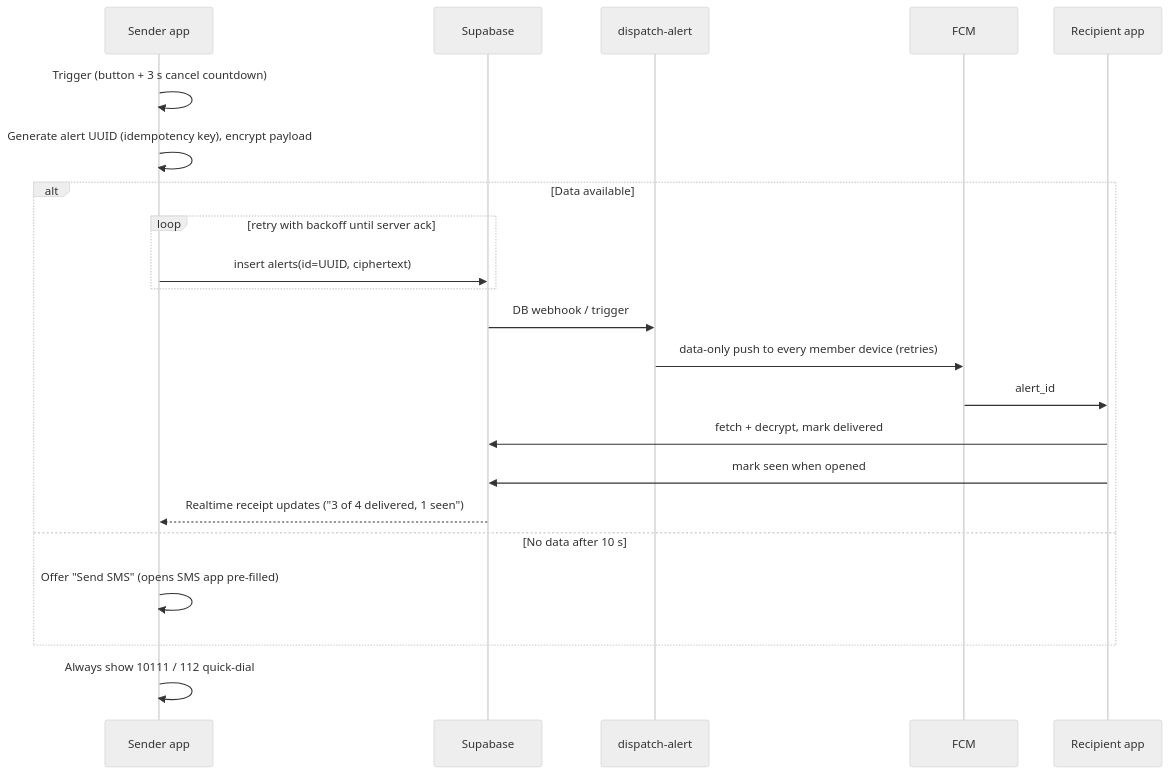
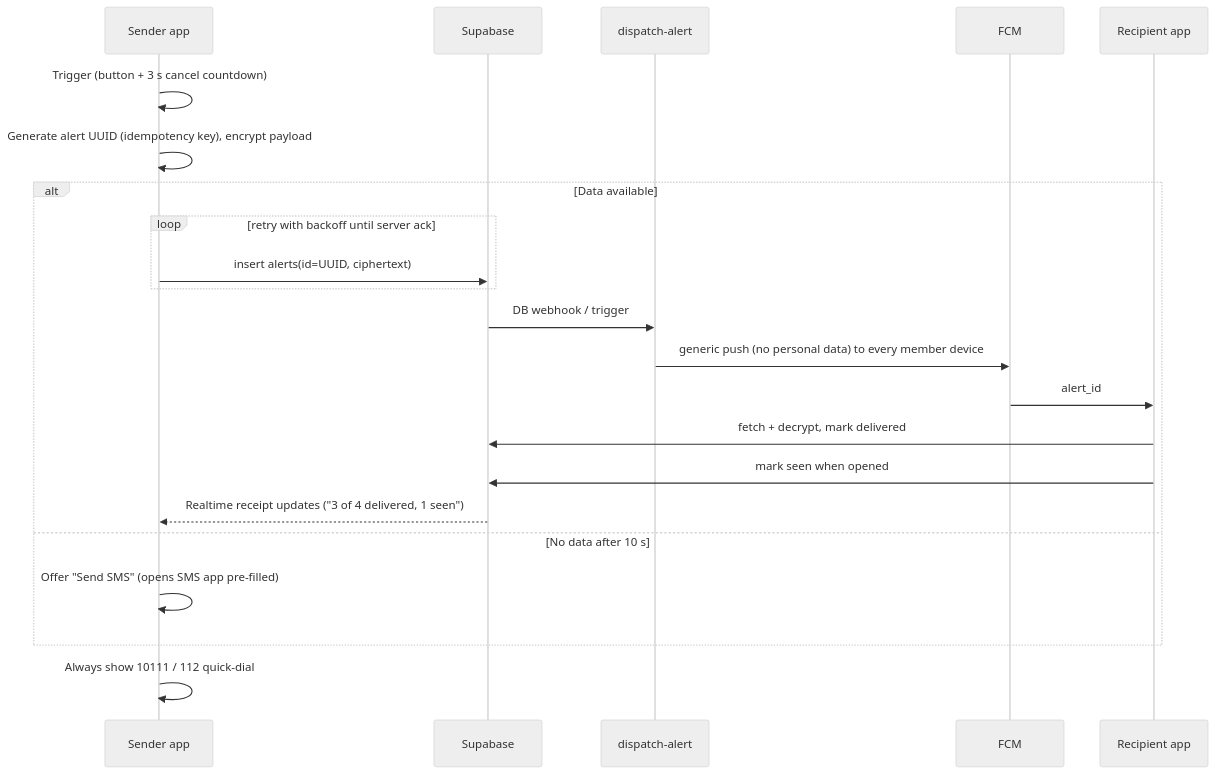
One commit to 1ungaka/AfriSafety changed the third of 3 diagrams in docs/architecture.md. Above: the diagram before and after it, drawn with Mermaid (neutral theme). The commit also changed other lines of this file and 6 other files, not shown here.

````diff
--- a/docs/architecture.md
+++ b/docs/architecture.md
@@ -290,25 +312,25 @@
 ```mermaid
 sequenceDiagram
   participant U as Sender app
   participant S as Supabase
   participant F as dispatch-alert
   participant P as FCM
   participant R as Recipient app
 
   U->>U: Trigger (button + 3 s cancel countdown)
   U->>U: Generate alert UUID (idempotency key), encrypt payload
   alt Data available
     loop retry with backoff until server ack
       U->>S: insert alerts(id=UUID, ciphertext)
     end
     S->>F: DB webhook / trigger
-    F->>P: data-only push to every member device (retries)
+    F->>P: generic push (no personal data) to every member device
     P->>R: alert_id
     R->>S: fetch + decrypt, mark delivered
     R->>S: mark seen when opened
     S-->>U: Realtime receipt updates ("3 of 4 delivered, 1 seen")
   else No data after 10 s
     U->>U: Offer "Send SMS" (opens SMS app pre-filled)
   end
   U->>U: Always show 10111 / 112 quick-dial
 ```
````
